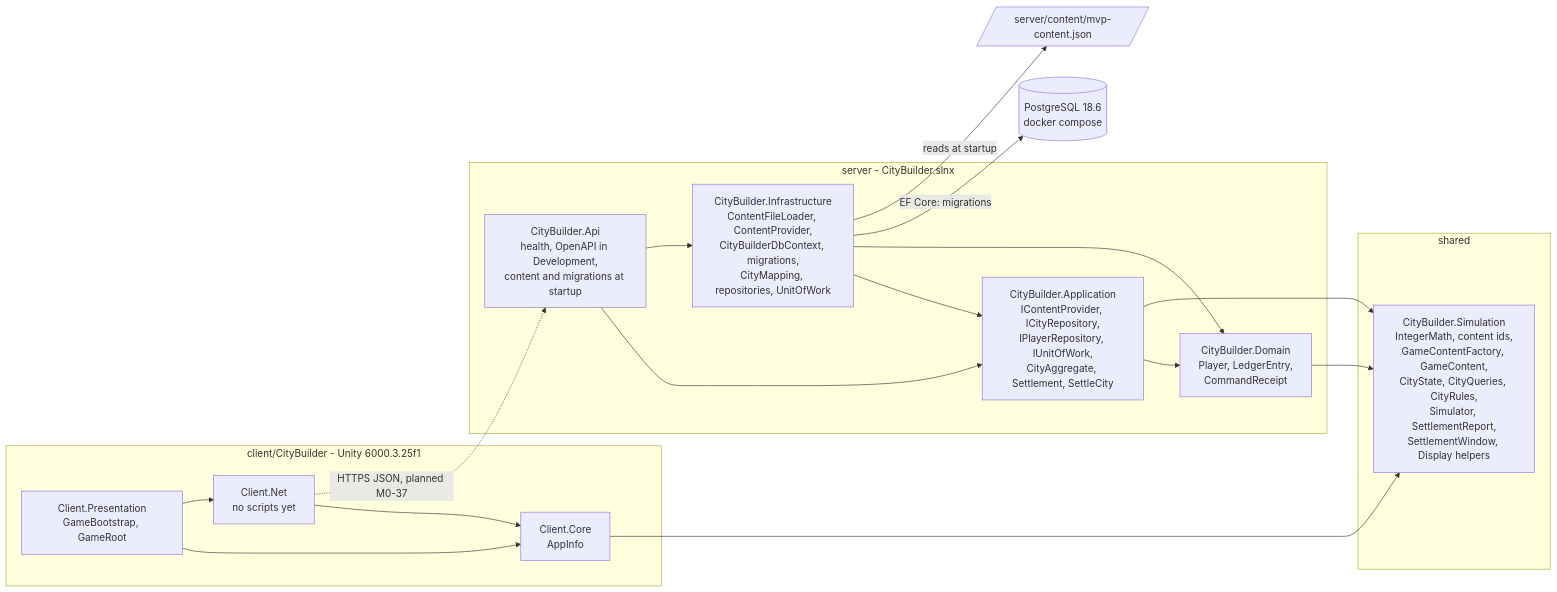
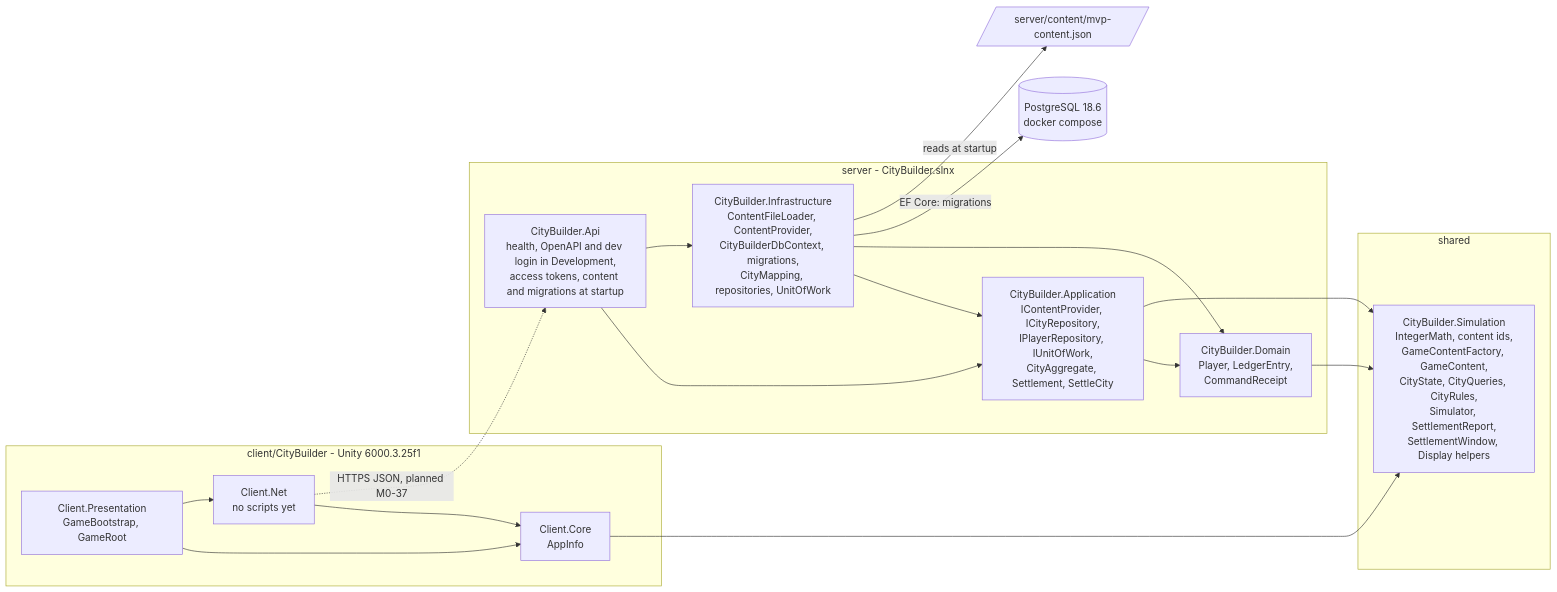
Before and after one commit to Samurai-netizen/citybuild: the diagram in docs/architecture/overview.md, drawn with Mermaid. The commit also changed other lines of this file and 52 other files, not shown here.

````diff
--- a/docs/architecture/overview.md
+++ b/docs/architecture/overview.md
@@ -19,34 +20,34 @@
 ```mermaid
 flowchart LR
   subgraph clientside["client/CityBuilder - Unity 6000.3.25f1"]
     PRES["Client.Presentation<br/>GameBootstrap, GameRoot"]
     NET["Client.Net<br/>no scripts yet"]
     CORE["Client.Core<br/>AppInfo"]
   end
   subgraph sharedside["shared"]
     SIM["CityBuilder.Simulation<br/>IntegerMath, content ids,<br/>GameContentFactory, GameContent,<br/>CityState, CityQueries, CityRules,<br/>Simulator, SettlementReport,<br/>SettlementWindow, Display helpers"]
   end
   subgraph serverside["server - CityBuilder.slnx"]
-    API["CityBuilder.Api<br/>health, OpenAPI in Development,<br/>content and migrations at startup"]
+    API["CityBuilder.Api<br/>health, OpenAPI and dev login in Development,<br/>access tokens, content and migrations at startup"]
     INF["CityBuilder.Infrastructure<br/>ContentFileLoader, ContentProvider,<br/>CityBuilderDbContext, migrations,<br/>CityMapping, repositories, UnitOfWork"]
     APP["CityBuilder.Application<br/>IContentProvider, ICityRepository,<br/>IPlayerRepository, IUnitOfWork,<br/>CityAggregate, Settlement, SettleCity"]
     DOM["CityBuilder.Domain<br/>Player, LedgerEntry,<br/>CommandReceipt"]
   end
   DB[("PostgreSQL 18.6<br/>docker compose")]
   FILE[/"server/content/mvp-content.json"/]
   PRES --> CORE
   PRES --> NET
   NET --> CORE
   CORE --> SIM
   API --> APP
   API --> INF
   INF --> APP
   INF --> DOM
   APP --> DOM
   APP --> SIM
   DOM --> SIM
   NET -.->|"HTTPS JSON, planned M0-37"| API
   INF -->|"EF Core: migrations"| DB
   INF -->|"reads at startup"| FILE
   classDef planned stroke-dasharray: 4 4
 ```
````
